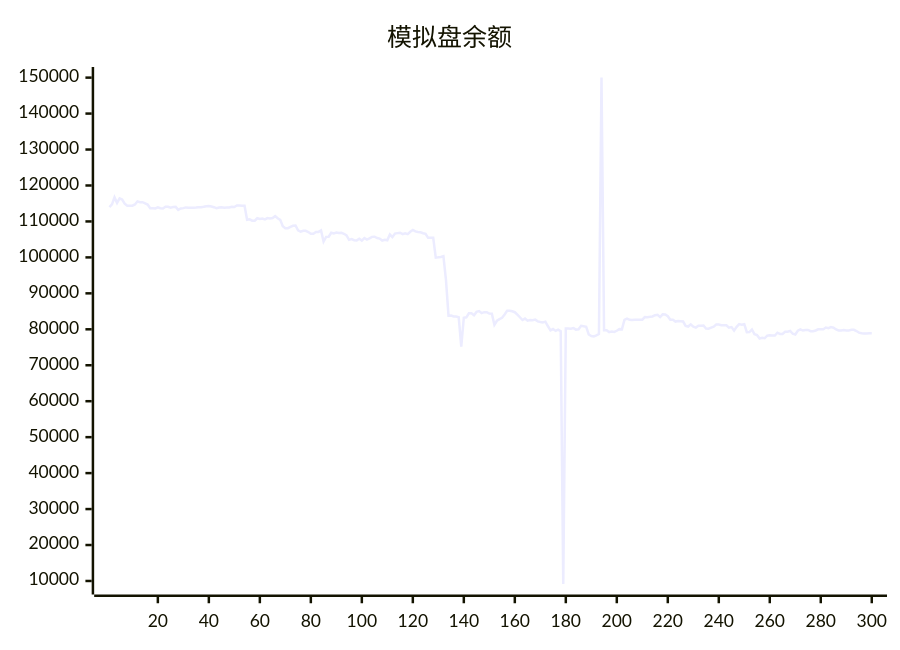
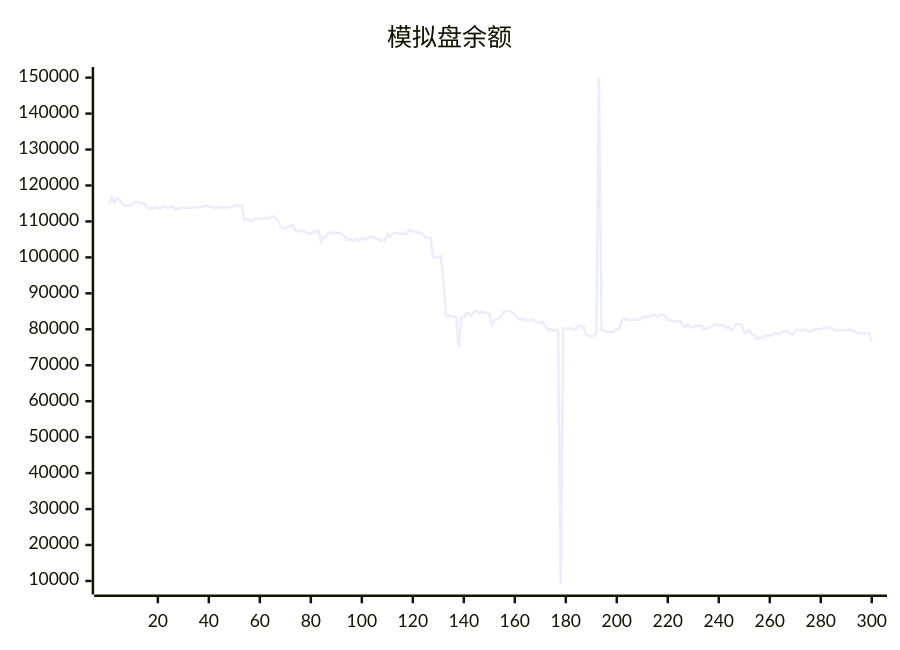
One commit to aahl/ai-trading changed the diagram in README.md. Above: the diagram before and after it, drawn with Mermaid. The commit also changed other lines of this file and 1 other file, not shown here.

````diff
--- a/README.md
+++ b/README.md
@@ -5,5 +5,5 @@
 ```mermaid
 xychart
     title "模拟盘余额"
-    line [113973,114726,116697,115160,116423,116083,114950,114365,114365,114388,114730,115582,115358,115358,115032,114686,113688,113688,113610,113930,113672,113585,114083,114074,113840,113996,114051,113208,113593,113701,113901,113794,113784,113810,113848,113927,113929,114064,114232,114293,114144,113960,113698,113853,113942,113812,113908,113877,114091,113998,114427,114422,114384,114384,110477,110576,110198,110198,110890,110712,110812,110569,110929,110847,110968,111478,110870,110433,108661,108116,108115,108485,108797,108877,107536,107134,107393,107393,107046,106565,106565,107081,107081,107478,104404,105715,105749,106866,106651,106889,106771,106816,106565,106141,104876,105103,104796,104734,105169,104690,105380,104941,105272,105709,105739,105374,105227,104691,104924,104762,106364,105628,106608,106748,106872,106485,106721,106468,107132,107620,107224,107080,107001,106717,106567,105431,105431,105440,99950,100017,100113,100337,93749,83795,83807,83567,83567,83342,75168,83222,83336,84448,84449,83896,84839,85065,84499,84757,84757,84364,84347,81254,82385,82835,83184,84099,85150,85150,85002,84751,84096,83356,82582,82983,82404,82572,82512,82688,82200,82047,81920,82125,80840,79688,80060,79552,79920,79470,9193,80236,80208,80170,80336,79894,80006,80954,80837,80712,78561,78139,78037,78293,78682,150000,79720,79720,79214,79372,79279,79591,80046,79993,82625,82950,82626,82571,82633,82670,82670,82681,83386,83378,83464,83579,83920,84037,83402,84160,84142,83652,82655,82655,82145,82315,82243,82163,80934,80770,81371,80742,80468,80989,80989,81067,80191,80155,80450,80737,81309,81309,81106,81119,81119,80471,80631,79624,80670,81448,81290,81429,79212,79222,79940,78643,78380,77432,77623,77504,78235,78358,78284,78277,79048,78714,78714,79290,79308,79567,78763,78563,79603,79988,79652,79813,79813,79476,79469,79673,79995,80015,80015,80486,80314,80600,80436,79966,79689,79689,79819,79692,79692,79850,79850,79518,79071,78889,78850,78850,78878,78878]
+    line [114726,116697,115160,116423,116083,114950,114365,114365,114388,114730,115582,115358,115358,115032,114686,113688,113688,113610,113930,113672,113585,114083,114074,113840,113996,114051,113208,113593,113701,113901,113794,113784,113810,113848,113927,113929,114064,114232,114293,114144,113960,113698,113853,113942,113812,113908,113877,114091,113998,114427,114422,114384,114384,110477,110576,110198,110198,110890,110712,110812,110569,110929,110847,110968,111478,110870,110433,108661,108116,108115,108485,108797,108877,107536,107134,107393,107393,107046,106565,106565,107081,107081,107478,104404,105715,105749,106866,106651,106889,106771,106816,106565,106141,104876,105103,104796,104734,105169,104690,105380,104941,105272,105709,105739,105374,105227,104691,104924,104762,106364,105628,106608,106748,106872,106485,106721,106468,107132,107620,107224,107080,107001,106717,106567,105431,105431,105440,99950,100017,100113,100337,93749,83795,83807,83567,83567,83342,75168,83222,83336,84448,84449,83896,84839,85065,84499,84757,84757,84364,84347,81254,82385,82835,83184,84099,85150,85150,85002,84751,84096,83356,82582,82983,82404,82572,82512,82688,82200,82047,81920,82125,80840,79688,80060,79552,79920,79470,9193,80236,80208,80170,80336,79894,80006,80954,80837,80712,78561,78139,78037,78293,78682,150000,79720,79720,79214,79372,79279,79591,80046,79993,82625,82950,82626,82571,82633,82670,82670,82681,83386,83378,83464,83579,83920,84037,83402,84160,84142,83652,82655,82655,82145,82315,82243,82163,80934,80770,81371,80742,80468,80989,80989,81067,80191,80155,80450,80737,81309,81309,81106,81119,81119,80471,80631,79624,80670,81448,81290,81429,79212,79222,79940,78643,78380,77432,77623,77504,78235,78358,78284,78277,79048,78714,78714,79290,79308,79567,78763,78563,79603,79988,79652,79813,79813,79476,79469,79673,79995,80015,80015,80486,80314,80600,80436,79966,79689,79689,79819,79692,79692,79850,79850,79518,79071,78889,78850,78850,78878,78878,76554]
 ```
````
